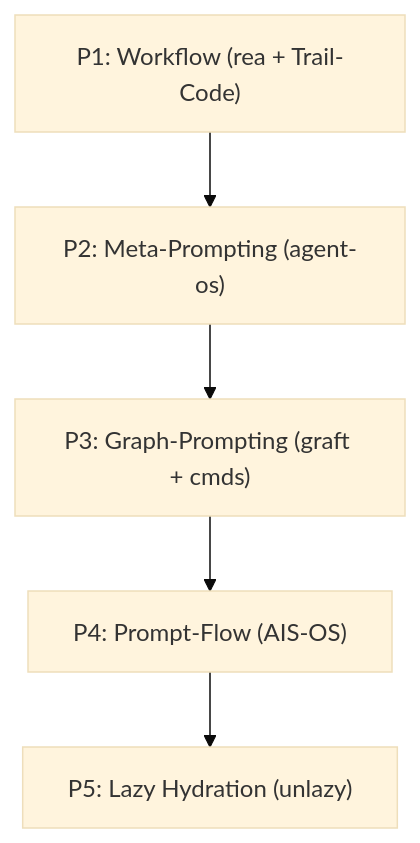
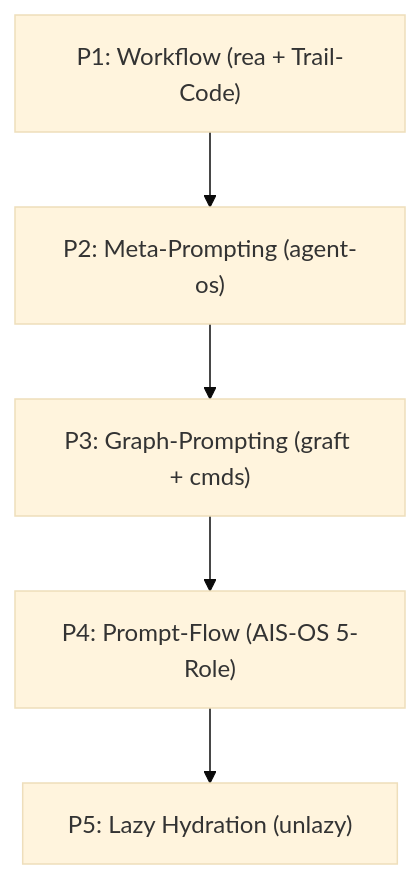
One commit to quamentalabs/patchwork-os changed the diagram in knowledge/wiki/patchwork-os-architecture.md. Above: the diagram before and after it, drawn with Mermaid (base theme). The commit also changed other lines of this file and 27 other files, not shown here.

````diff
--- a/knowledge/wiki/patchwork-os-architecture.md
+++ b/knowledge/wiki/patchwork-os-architecture.md
@@ -11,7 +11,7 @@
 ```mermaid
 flowchart TD
   P1["P1: Workflow (rea + Trail-Code)"] --> P2["P2: Meta-Prompting (agent-os)"]
   P2 --> P3["P3: Graph-Prompting (graft + cmds)"]
-  P3 --> P4["P4: Prompt-Flow (AIS-OS)"]
+  P3 --> P4["P4: Prompt-Flow (AIS-OS 5-Role)"]
   P4 --> P5["P5: Lazy Hydration (unlazy)"]
 ```
````
